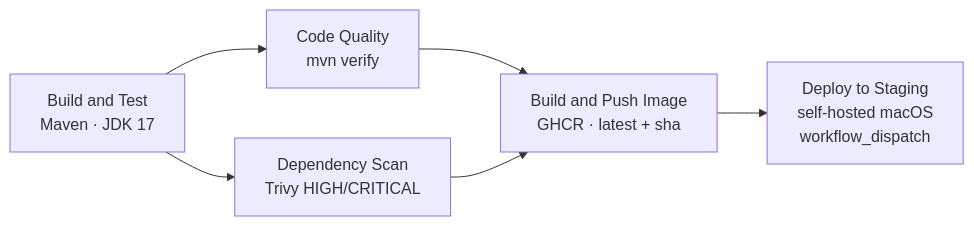
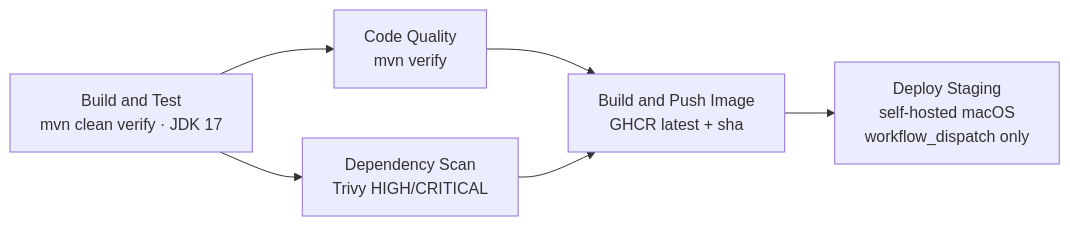
One commit to DAXMZB/tlbank-digital-lending changed the second of 2 diagrams in sp2-springboot/README.md. Above: the diagram before and after it, drawn with Mermaid. The commit also changed other lines of this file and 1 other file, not shown here.

````diff
--- a/sp2-springboot/README.md
+++ b/sp2-springboot/README.md
@@ -36,9 +195,8 @@
 ```mermaid
 flowchart LR
-    A[Build and Test<br/>Maven · JDK 17] --> B[Code Quality<br/>mvn verify]
+    A[Build and Test<br/>mvn clean verify · JDK 17] --> B[Code Quality<br/>mvn verify]
     A --> C[Dependency Scan<br/>Trivy HIGH/CRITICAL]
-    B --> D[Build and Push Image<br/>GHCR · latest + sha]
+    B --> D[Build and Push Image<br/>GHCR latest + sha]
     C --> D
-    D --> E[Deploy to Staging<br/>self-hosted macOS<br/>workflow_dispatch]
-
+    D --> E[Deploy Staging<br/>self-hosted macOS<br/>workflow_dispatch only]
 ```
````
